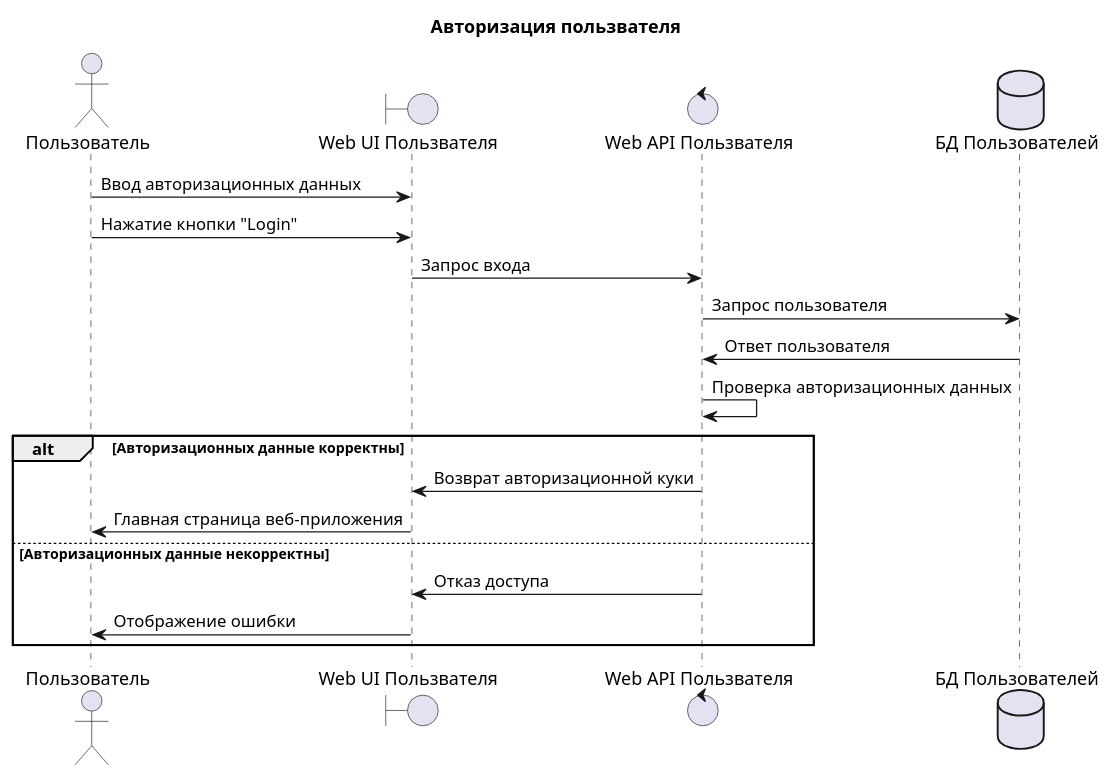
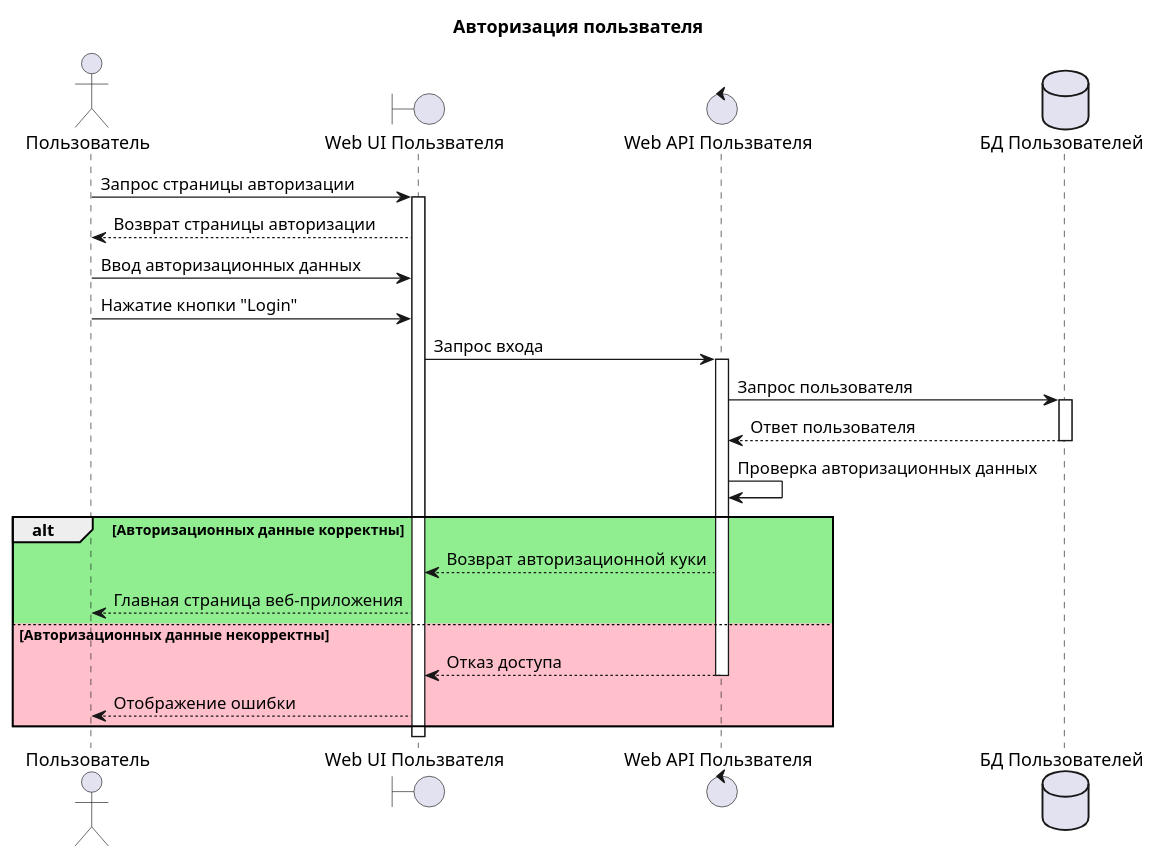
Before and after one commit to mrypdm/JobSystem: the second of 5 diagrams in docs/diagrams/sequence/User.WebApp.puml, drawn with PlantUML. The commit also changed other lines of this file and 2 other files, not shown here.

Commit message:
improve sequences

```diff
--- a/docs/diagrams/sequence/User.WebApp.puml
+++ b/docs/diagrams/sequence/User.WebApp.puml
@@ -21,29 +24,31 @@
 @startuml User sign in
 
 title Авторизация пользвателя
 
 actor Пользователь as USER
 boundary "Web UI Пользвателя" as UI
 control "Web API Пользвателя" as API
 database "БД Пользователей" as DB
 
+USER -> UI++: Запрос страницы авторизации
+UI --> USER: Возврат страницы авторизации
 USER -> UI: Ввод авторизационных данных
 USER -> UI: Нажатие кнопки "Login"
-UI -> API: Запрос входа
-API -> DB: Запрос пользователя
-DB -> API: Ответ пользователя
+UI -> API++: Запрос входа
+API -> DB++: Запрос пользователя
+DB --> API--: Ответ пользователя
 API -> API: Проверка авторизационных данных
 
-alt Авторизационных данные корректны
+alt #LightGreen Авторизационных данные корректны
 
-    API -> UI: Возврат авторизационной куки
-    UI -> USER: Главная страница веб-приложения
+    API --> UI: Возврат авторизационной куки
+    UI --> USER: Главная страница веб-приложения
 
-else Авторизационных данные некорректны
+else #Pink Авторизационных данные некорректны
 
-    API -> UI: Отказ доступа
-    UI -> USER: Отображение ошибки
+    API --> UI--: Отказ доступа
+    UI --> USER: Отображение ошибки
 
 end
 
 @enduml
```
